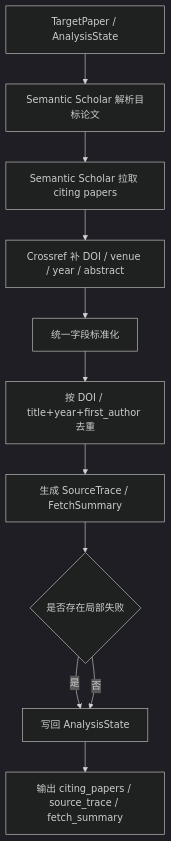
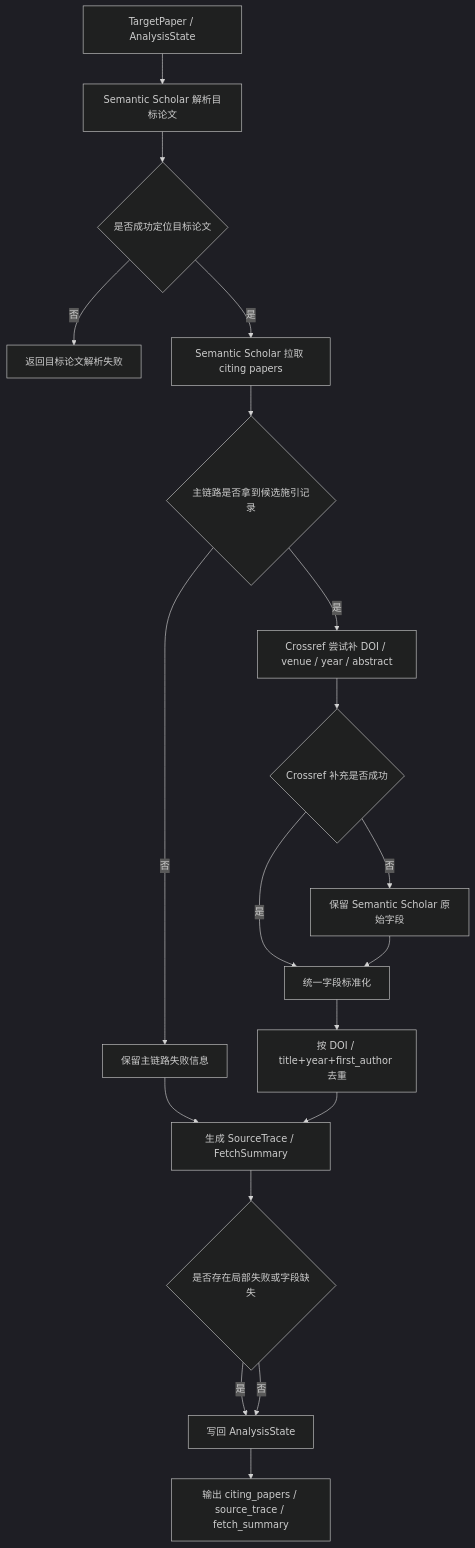
One commit to TimMCBen/CiteAnalyzer-Agent changed the diagram in docs/exec-plans/active/2026-04-25-stage2-citation-fetch-agent.md. Above: the diagram before and after it, drawn with Mermaid (dark theme). The commit also changed 6 other files, not shown here.

First line of the commit message:
Clarify agent-flow diagrams and stage-plan boundaries

````diff
--- a/docs/exec-plans/active/2026-04-25-stage2-citation-fetch-agent.md
+++ b/docs/exec-plans/active/2026-04-25-stage2-citation-fetch-agent.md
@@ -89,24 +89,38 @@
 ```mermaid
 flowchart TD
     target_input["TargetPaper / AnalysisState"]
     resolve_target["Semantic Scholar 解析目标论文"]
+    target_resolved{"是否成功定位目标论文"}
+    target_error["返回目标论文解析失败"]
     fetch_citations["Semantic Scholar 拉取 citing papers"]
-    enrich_crossref["Crossref 补 DOI / venue / year / abstract"]
+    primary_ok{"主链路是否拿到候选施引记录"}
+    primary_partial["保留主链路失败信息"]
+    enrich_crossref["Crossref 尝试补 DOI / venue / year / abstract"]
+    crossref_ok{"Crossref 补充是否成功"}
+    keep_primary["保留 Semantic Scholar 原始字段"]
     normalize["统一字段标准化"]
     dedupe["按 DOI / title+year+first_author 去重"]
     source_trace["生成 SourceTrace / FetchSummary"]
-    partial_failure{"是否存在局部失败"}
+    partial_failure{"是否存在局部失败或字段缺失"}
     attach_state["写回 AnalysisState"]
     stage2_output["输出 citing_papers / source_trace / fetch_summary"]
 
     target_input --> resolve_target
-    resolve_target --> fetch_citations
-    fetch_citations --> enrich_crossref
-    enrich_crossref --> normalize
+    resolve_target --> target_resolved
+    target_resolved -- 否 --> target_error
+    target_resolved -- 是 --> fetch_citations
+    fetch_citations --> primary_ok
+    primary_ok -- 否 --> primary_partial
+    primary_partial --> source_trace
+    primary_ok -- 是 --> enrich_crossref
+    enrich_crossref --> crossref_ok
+    crossref_ok -- 否 --> keep_primary
+    crossref_ok -- 是 --> normalize
+    keep_primary --> normalize
     normalize --> dedupe
     dedupe --> source_trace
     source_trace --> partial_failure
     partial_failure -- 是 --> attach_state
     partial_failure -- 否 --> attach_state
     attach_state --> stage2_output
 ```
````
